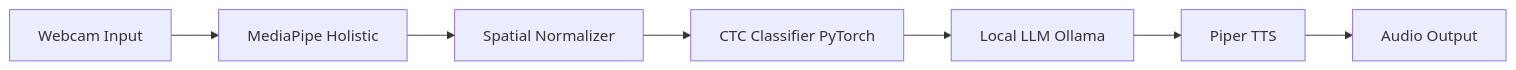
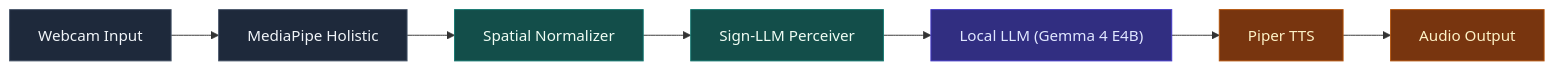
Before and after one commit to soyjuandata/LSC-SignLLM: the first of 3 diagrams in README.md, drawn with Mermaid. The commit also changed other lines of this file and 14 other files, not shown here.

````diff
--- a/README.md
+++ b/README.md
@@ -22,9 +22,17 @@
 ```mermaid
 flowchart LR
-    A[Webcam Input] --> B[MediaPipe Holistic]
-    B --> C[Spatial Normalizer]
-    C --> D[CTC Classifier PyTorch]
-    D --> E[Local LLM Ollama]
-    E --> F[Piper TTS]
-    F --> G[Audio Output]
+    A["Webcam Input"] --> B["MediaPipe Holistic"]
+    B --> C["Spatial Normalizer"]
+    C --> D["Sign-LLM Perceiver"]
+    D --> E["Local LLM (Gemma 4 E4B)"]
+    E --> F["Piper TTS"]
+    F --> G["Audio Output"]
+
+    style A fill:#1e293b,stroke:#475569,color:#f1f5f9
+    style B fill:#1e293b,stroke:#475569,color:#f1f5f9
+    style C fill:#134e4a,stroke:#0f766e,color:#f0fdf4
+    style D fill:#134e4a,stroke:#0f766e,color:#f0fdf4
+    style E fill:#312e81,stroke:#4338ca,color:#e0e7ff
+    style F fill:#78350f,stroke:#b45309,color:#fef3c7
+    style G fill:#78350f,stroke:#b45309,color:#fef3c7
 ```
````
